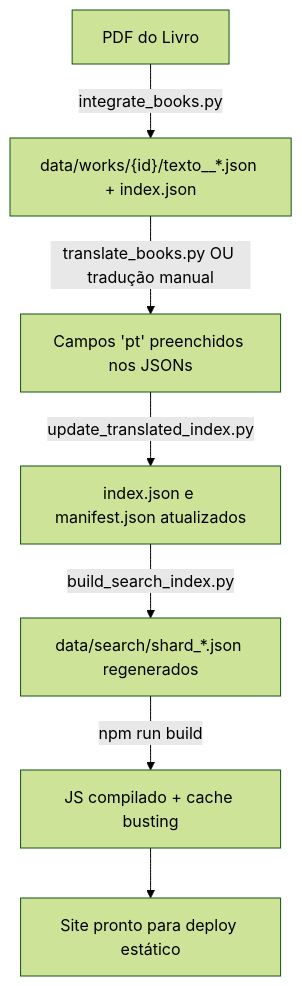
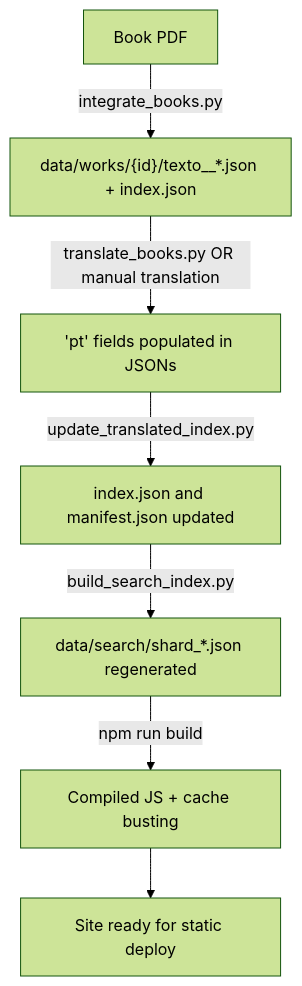
The diagram in docs/08_project_documentation_pt.md (PJ-Oliveira/abhidhamma), drawn with Mermaid (forest theme) before and after one commit. The commit also changed other lines of this file and 101 other files, not shown here.

````diff
--- a/docs/08_project_documentation_pt.md
+++ b/docs/08_project_documentation_pt.md
@@ -175,9 +175,9 @@
 ```mermaid
 flowchart TD
-    A["PDF do Livro"] -->|integrate_books.py| B["data/works/{id}/texto__*.json + index.json"]
-    B -->|translate_books.py OU tradução manual| C["Campos 'pt' preenchidos nos JSONs"]
-    C -->|update_translated_index.py| D["index.json e manifest.json atualizados"]
-    D -->|build_search_index.py| E["data/search/shard_*.json regenerados"]
-    E -->|npm run build| F["JS compilado + cache busting"]
-    F --> G["Site pronto para deploy estático"]
+    A["Book PDF"] -->|integrate_books.py| B["data/works/{id}/texto__*.json + index.json"]
+    B -->|translate_books.py OR manual translation| C["'pt' fields populated in JSONs"]
+    C -->|update_translated_index.py| D["index.json and manifest.json updated"]
+    D -->|build_search_index.py| E["data/search/shard_*.json regenerated"]
+    E -->|npm run build| F["Compiled JS + cache busting"]
+    F --> G["Site ready for static deploy"]
 ```
````
